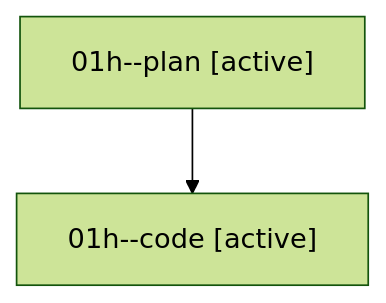
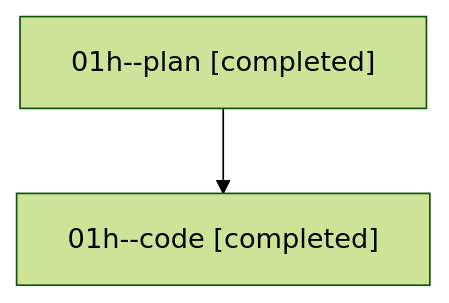
One commit to sase-org/sase--agents changed the diagram in families/bbugyi200.athena.01h.md. Above: the diagram before and after it, drawn with Mermaid (forest theme). The commit also changed other lines of this file and 32 other files, not shown here.

````diff
--- a/families/bbugyi200.athena.01h.md
+++ b/families/bbugyi200.athena.01h.md
@@ -9,6 +9,6 @@
 ```mermaid
 flowchart TD
-  n0["01h--plan [active]"]
-  n1["01h--code [active]"]
+  n0["01h--plan [completed]"]
+  n1["01h--code [completed]"]
   n0 --> n1
 ```
````
